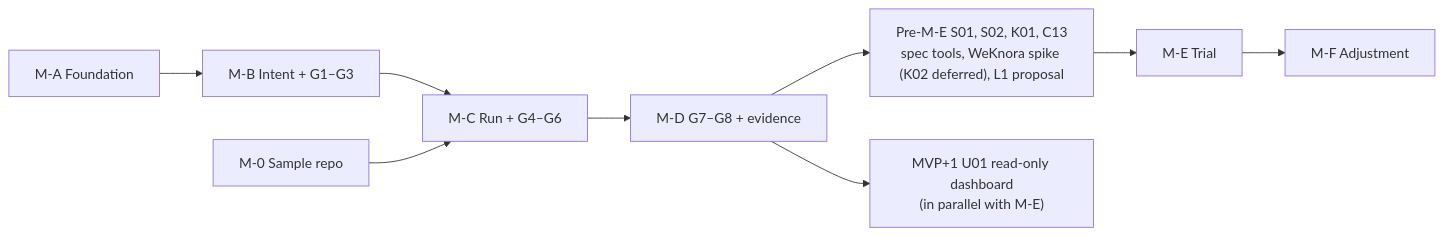
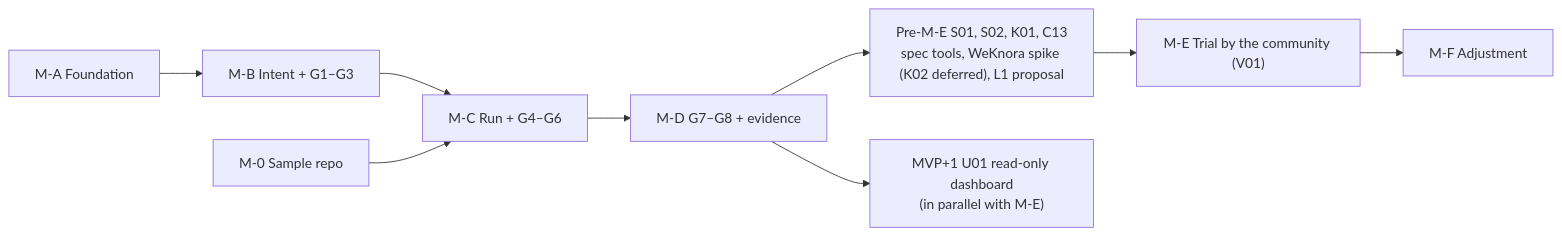
One commit to hoanghainh1188/agentic-sdlc-framework changed the diagram in design/D-08-mvp-backlog.md. Above: the diagram before and after it, drawn with Mermaid. The commit also changed other lines of this file and 10 other files, not shown here.

First line of the commit message:
docs: V01 PR 1, the trial M-E by the community (#233)

````diff
--- a/design/D-08-mvp-backlog.md
+++ b/design/D-08-mvp-backlog.md
@@ -51,11 +52,11 @@
 ```mermaid
 flowchart LR
     MA["M-A Foundation"] --> MB["M-B Intent + G1–G3"]
     MB --> MC["M-C Run + G4–G6"]
     M0["M-0 Sample repo"] --> MC
     MC --> MD["M-D G7–G8 + evidence"]
     MD --> MP["Pre-M-E S01, S02, K01, C13<br/>spec tools, WeKnora spike (K02 deferred), L1 proposal"]
-    MP --> ME["M-E Trial"]
+    MP --> ME["M-E Trial by the community (V01)"]
     ME --> MF["M-F Adjustment"]
     MD --> MU["MVP+1 U01 read-only dashboard<br/>(in parallel with M-E)"]
 ```
````
